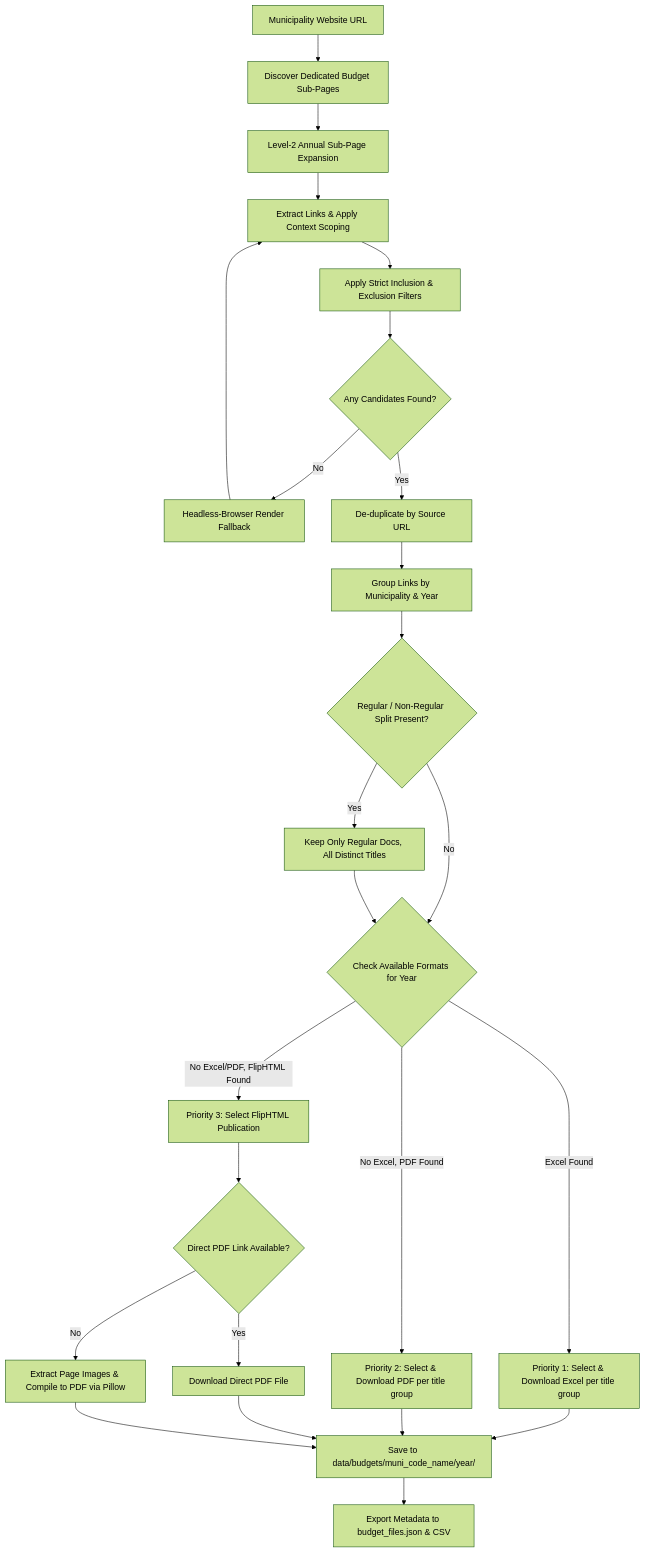
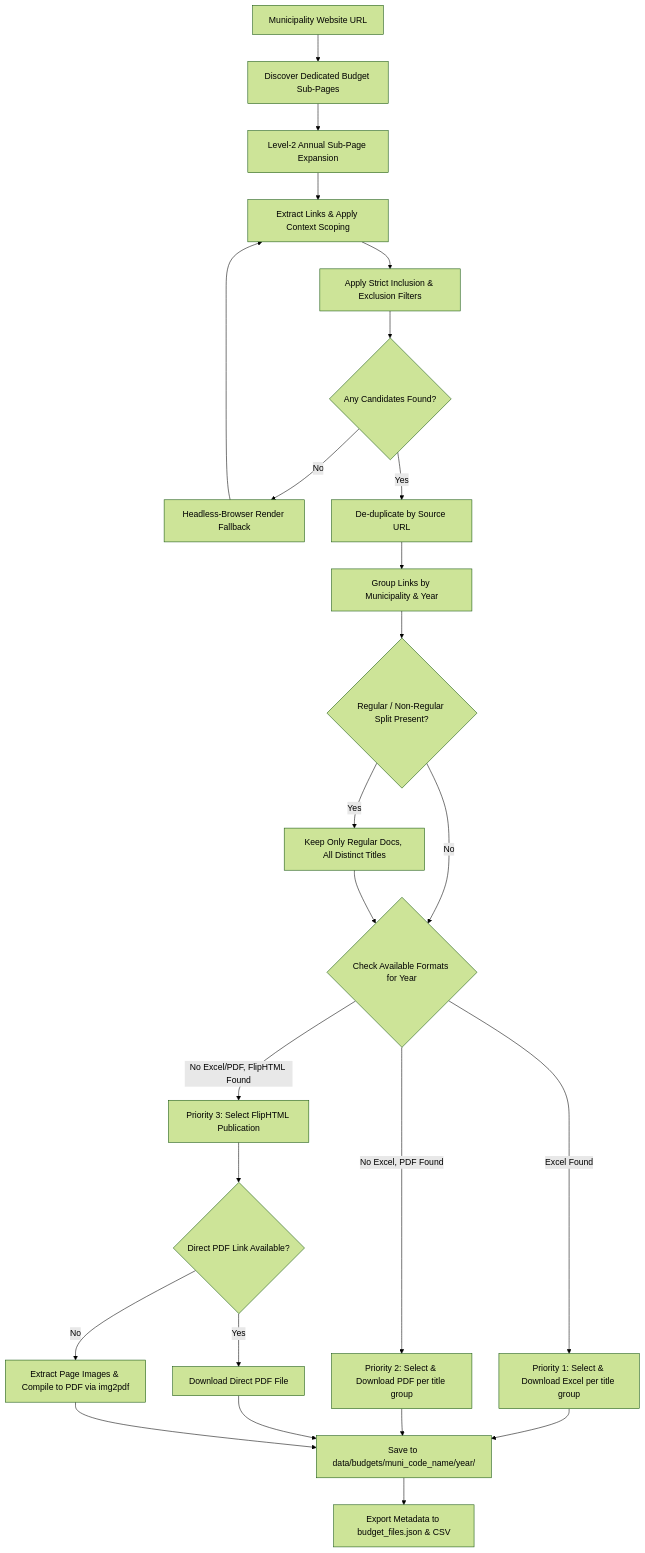
The diagram in docs/budget_files_scraping.md (sheyeh/muni-budget-analysis), drawn with Mermaid (forest theme) before and after one commit. The commit also changed other lines of this file and 3 other files, not shown here.

````diff
--- a/docs/budget_files_scraping.md
+++ b/docs/budget_files_scraping.md
@@ -83,24 +85,24 @@
 ```mermaid
 flowchart TD
     A[Municipality Website URL] --> B[Discover Dedicated Budget Sub-Pages]
     B --> C[Level-2 Annual Sub-Page Expansion]
     C --> D[Extract Links & Apply Context Scoping]
     D --> E[Apply Strict Inclusion & Exclusion Filters]
     E --> Z{Any Candidates Found?}
     Z -- No --> R[Headless-Browser Render Fallback]
     R --> D
     Z -- Yes --> F[De-duplicate by Source URL]
     F --> F2[Group Links by Municipality & Year]
     F2 --> F3{Regular / Non-Regular Split Present?}
     F3 -- Yes --> F4[Keep Only Regular Docs, All Distinct Titles]
     F3 -- No --> G{Check Available Formats for Year}
     F4 --> G
     G -- Excel Found --> H[Priority 1: Select & Download Excel per title group]
     G -- No Excel, PDF Found --> I[Priority 2: Select & Download PDF per title group]
     G -- No Excel/PDF, FlipHTML Found --> J[Priority 3: Select FlipHTML Publication]
     J --> K{Direct PDF Link Available?}
     K -- Yes --> L[Download Direct PDF File]
-    K -- No --> M[Extract Page Images & Compile to PDF via Pillow]
+    K -- No --> M[Extract Page Images & Compile to PDF via img2pdf]
     H & I & L & M --> N[Save to data/budgets/muni_code_name/year/]
     N --> O[Export Metadata to budget_files.json & CSV]
 ```
````
